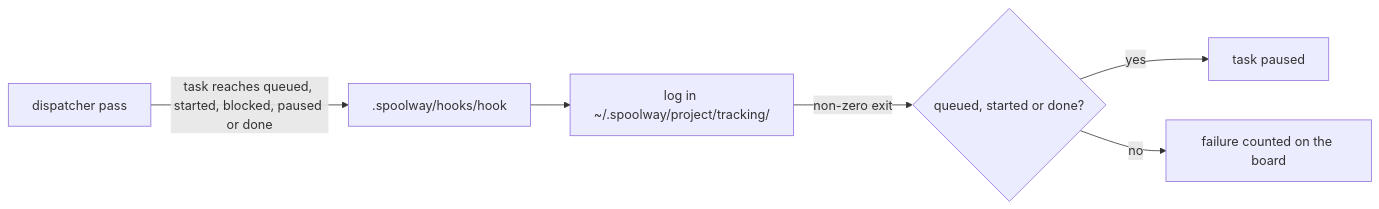
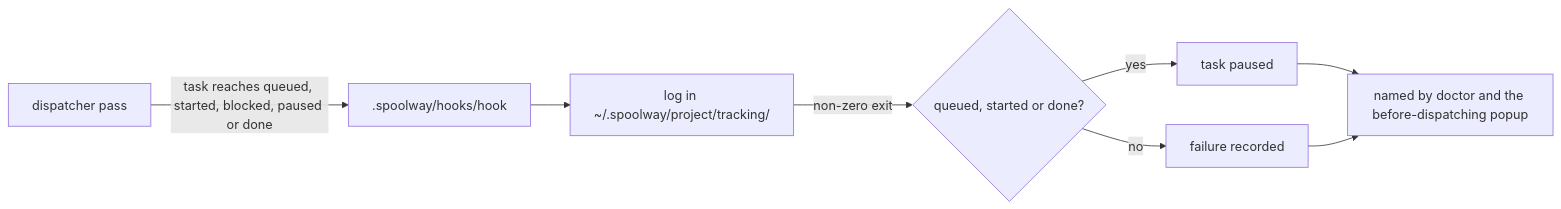
One commit to marvingygas/spoolway changed the first of 2 diagrams in docs/configuration.md. Above: the diagram before and after it, drawn with Mermaid. The commit also changed other lines of this file and 14 other files, not shown here.

Commit message:
feat(status): name failing hooks in the before-dispatching popup, not the board

````diff
--- a/docs/configuration.md
+++ b/docs/configuration.md
@@ -354,8 +354,10 @@
 ```mermaid
 flowchart LR
   A[dispatcher pass] -->|task reaches queued, started, blocked, paused or done| B[.spoolway/hooks/hook]
   B --> C[log in ~/.spoolway/project/tracking/]
   C -->|non-zero exit| D{queued, started or done?}
   D -->|yes| E[task paused]
-  D -->|no| F[failure counted on the board]
+  D -->|no| F[failure recorded]
+  E --> G[named by doctor and the before-dispatching popup]
+  F --> G
 ```
````
